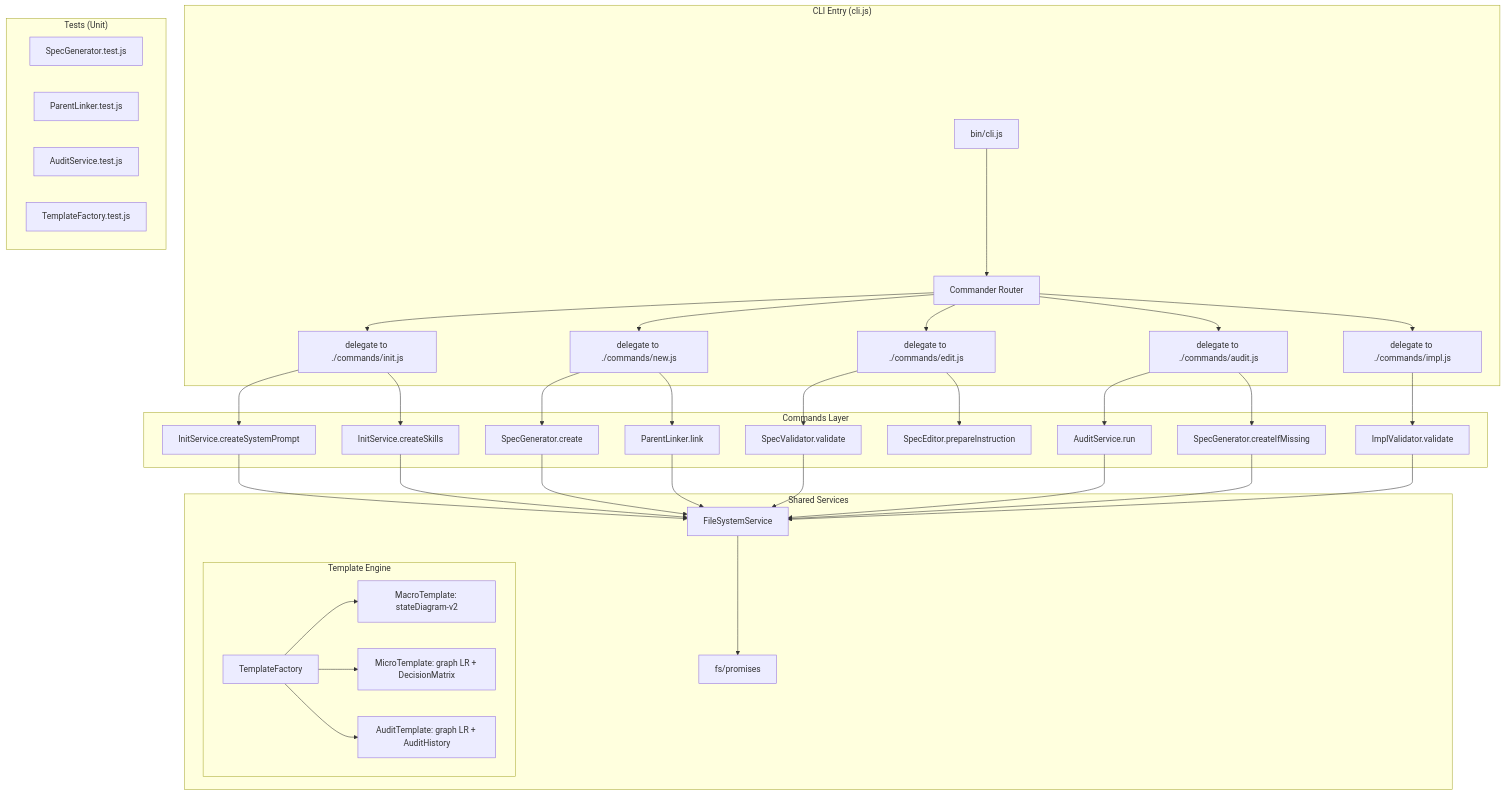
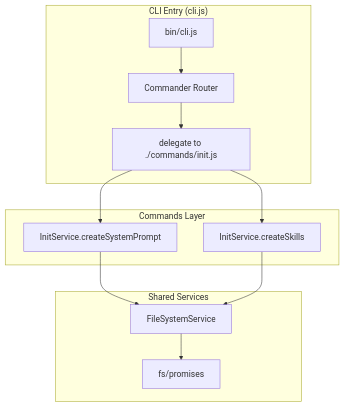
One commit to JulioCRFilho/mermaid-diagram-driven-development changed the second of 2 diagrams in bin/cli.spec.md. Above: the diagram before and after it, drawn with Mermaid. The commit also changed other lines of this file and 19 other files, not shown here.

````diff
--- a/bin/cli.spec.md
+++ b/bin/cli.spec.md
@@ -74,49 +27,19 @@
 ```mermaid
-%% @spec-version v2.0.0
+%% @spec-version v3.0.0
 graph TD
     subgraph "CLI Entry (cli.js)"
         A[bin/cli.js] --> B[Commander Router]
         B --> C[delegate to ./commands/init.js]
-        B --> D[delegate to ./commands/new.js]
-        B --> E[delegate to ./commands/edit.js]
-        B --> F[delegate to ./commands/audit.js]
-        B --> G[delegate to ./commands/impl.js]
     end
 
     subgraph "Commands Layer"
         C --> H[InitService.createSystemPrompt]
         C --> I[InitService.createSkills]
-        D --> J[SpecGenerator.create]
-        D --> K[ParentLinker.link]
-        E --> L[SpecValidator.validate]
-        E --> M[SpecEditor.prepareInstruction]
-        F --> N[AuditService.run]
-        F --> O[SpecGenerator.createIfMissing]
-        G --> P[ImplValidator.validate]
     end
 
     subgraph "Shared Services"
         H --> Q[FileSystemService]
         I --> Q
-        J --> Q
-        K --> Q
-        L --> Q
-        N --> Q
-        O --> Q
-        P --> Q
         Q --> R[fs/promises]
-
-        subgraph "Template Engine"
-            S[TemplateFactory] --> T[MacroTemplate: stateDiagram-v2]
-            S --> U[MicroTemplate: graph LR + DecisionMatrix]
-            S --> V[AuditTemplate: graph LR + AuditHistory]
-        end
-    end
-
-    subgraph "Tests (Unit)"
-        W[SpecGenerator.test.js]
-        X[ParentLinker.test.js]
-        Y[AuditService.test.js]
-        Z[TemplateFactory.test.js]
     end
 ```
````
